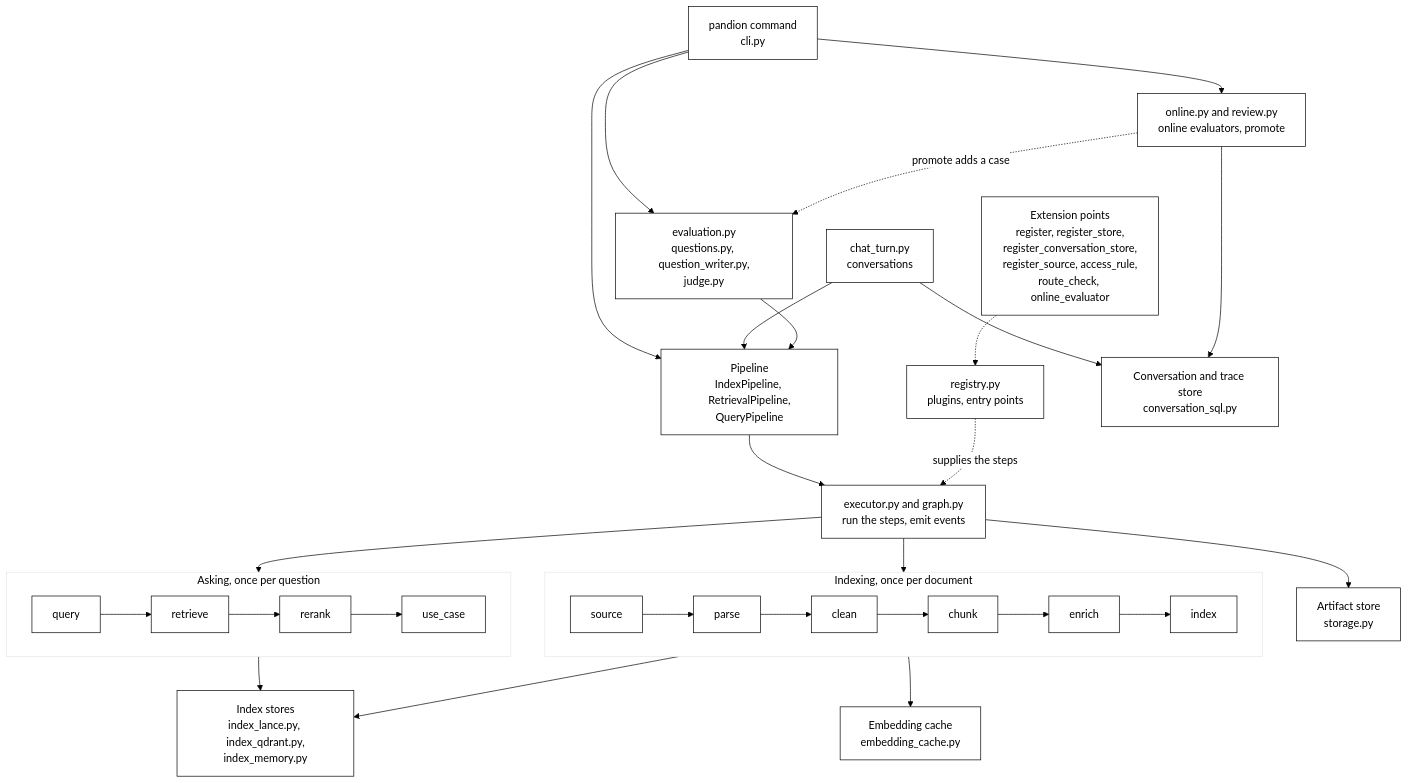
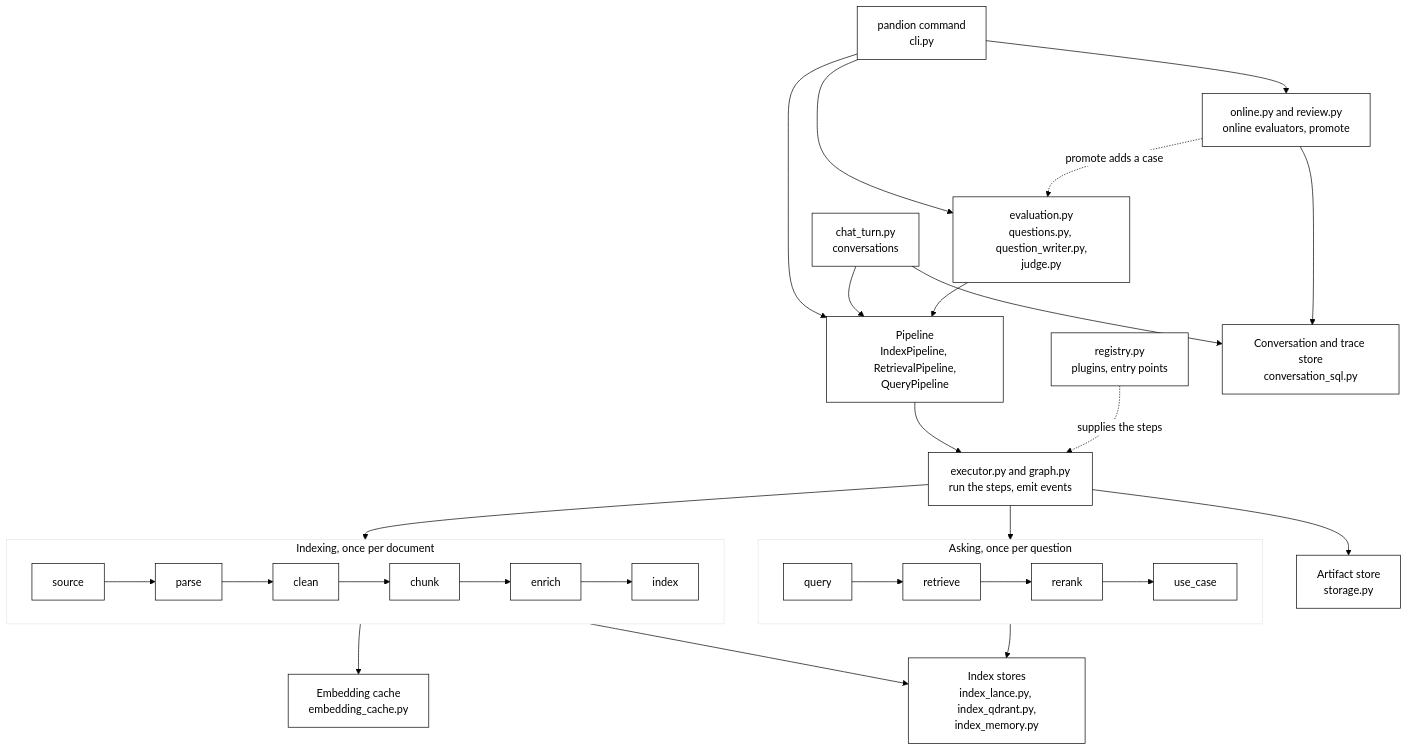
The second of 4 diagrams in docs/architecture.md (nadeem4/rag-playground), drawn with Mermaid before and after one commit. The commit also changed other lines of this file, not shown here.

Commit message:
docs: address architecture review (DOC3)

````diff
--- a/docs/architecture.md
+++ b/docs/architecture.md
@@ -91,41 +92,39 @@
 ```mermaid
 %%{init: {'theme':'base','themeVariables':{'primaryColor':'#ffffff','primaryTextColor':'#000000','primaryBorderColor':'#000000','lineColor':'#000000'}}}%%
 flowchart TB
     CLI["pandion command<br/>cli.py"]
     PIPE["Pipeline<br/>IndexPipeline, RetrievalPipeline,<br/>QueryPipeline"]
     EXEC["executor.py and graph.py<br/>run the steps, emit events"]
     REG["registry.py<br/>plugins, entry points"]
-    EXT["Extension points<br/>register, register_store,<br/>register_conversation_store,<br/>register_source, access_rule,<br/>route_check, online_evaluator"]
     subgraph IDXSTAGES["Indexing, once per document"]
         direction LR
         S1["source"] --> S2["parse"] --> S3["clean"] --> S4["chunk"] --> S5["enrich"] --> S6["index"]
     end
     subgraph ASKSTAGES["Asking, once per question"]
         direction LR
         Q1["query"] --> Q2["retrieve"] --> Q3["rerank"] --> Q4["use_case"]
     end
     ART["Artifact store<br/>storage.py"]
     EMB["Embedding cache<br/>embedding_cache.py"]
     STORE["Index stores<br/>index_lance.py, index_qdrant.py,<br/>index_memory.py"]
     TURN["chat_turn.py<br/>conversations"]
     CONV["Conversation and trace store<br/>conversation_sql.py"]
     EVAL["evaluation.py<br/>questions.py, question_writer.py,<br/>judge.py"]
     ONLINE["online.py and review.py<br/>online evaluators, promote"]
     CLI --> PIPE
     CLI --> EVAL
     CLI --> ONLINE
     TURN --> PIPE
     EVAL --> PIPE
     PIPE --> EXEC
     EXEC --> IDXSTAGES
     EXEC --> ASKSTAGES
     REG -.->|"supplies the steps"| EXEC
-    EXT -.-> REG
     EXEC --> ART
-    S6 --> EMB
-    S6 --> STORE
-    Q2 --> STORE
+    IDXSTAGES --> EMB
+    IDXSTAGES --> STORE
+    ASKSTAGES --> STORE
     TURN --> CONV
     ONLINE --> CONV
     ONLINE -.->|"promote adds a case"| EVAL
 ```
````
